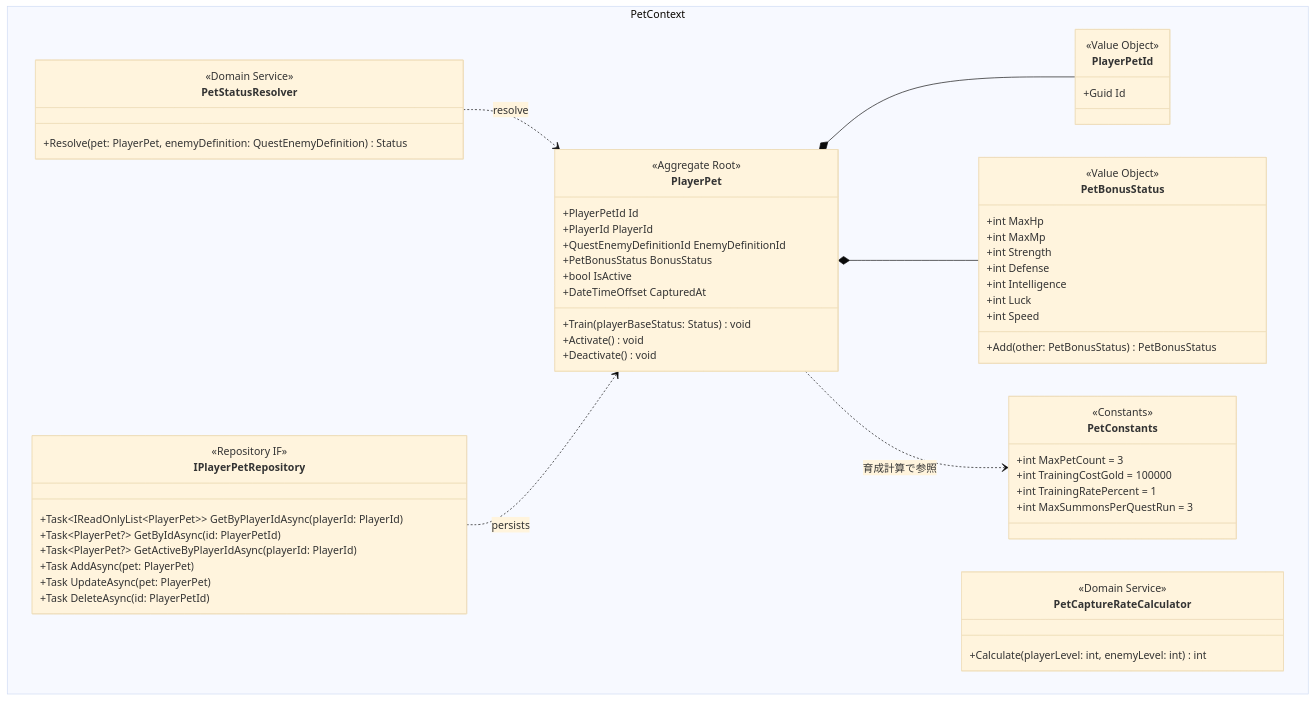
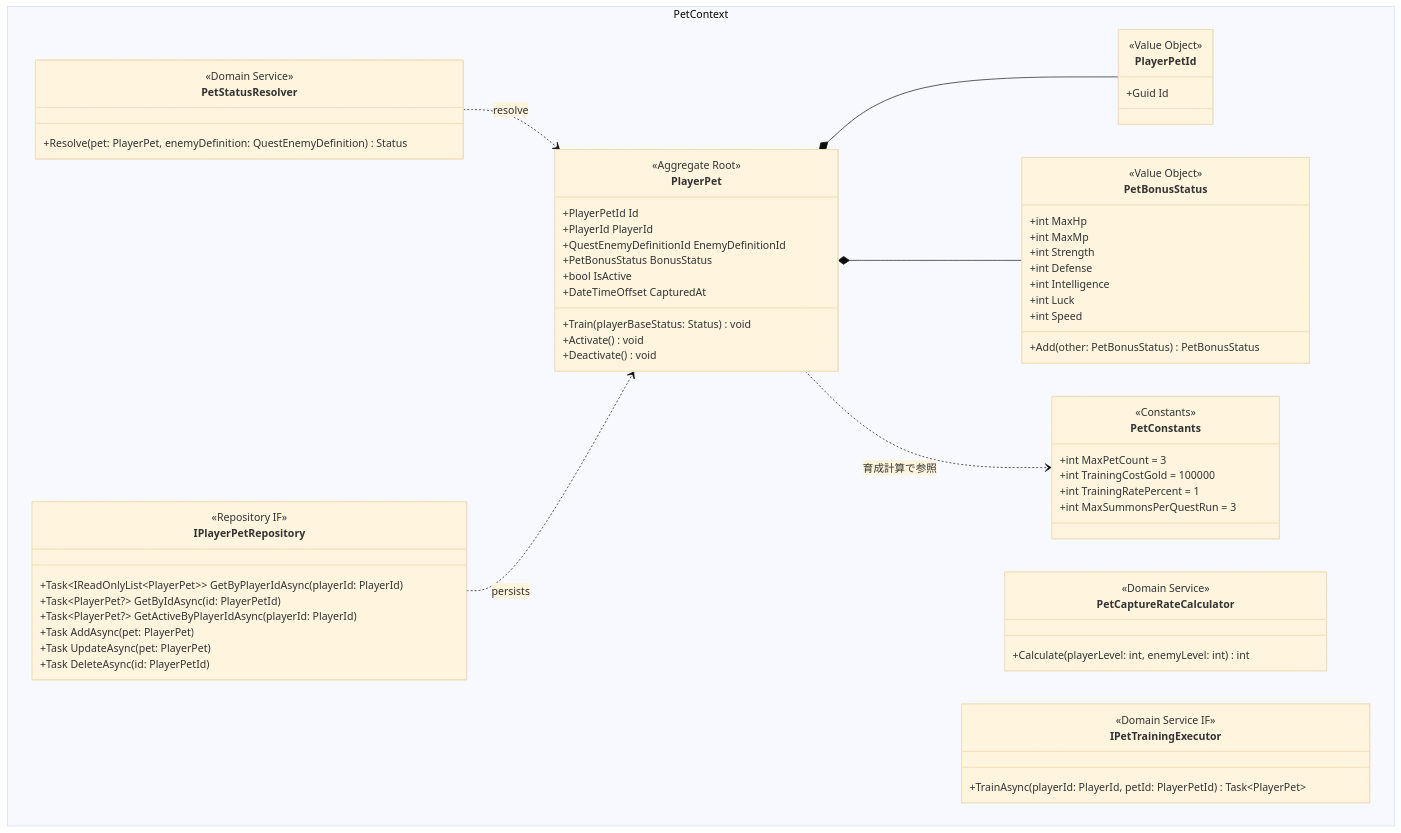
Before and after one commit to ayumu203/nisekue: the diagram in docs/pet/02_ペットドメイン.mmd, drawn with Mermaid (base theme). The commit also changed 6 other files, not shown here.

```diff
--- a/docs/pet/02_ペットドメイン.mmd
+++ b/docs/pet/02_ペットドメイン.mmd
@@ -1,72 +1,79 @@
 classDiagram
     %% Enum 定義は docs/common/01_Enum.mmd を参照
     %% クエスト戦闘への統合（捕獲・呼出のターン解決）は docs/quest/04_クエストドメイン.mmd を参照
 
     namespace PetContext {
         class PlayerPet {
             <<Aggregate Root>>
             +PlayerPetId Id
             +PlayerId PlayerId
             +QuestEnemyDefinitionId EnemyDefinitionId
             +PetBonusStatus BonusStatus
             +bool IsActive
             +DateTimeOffset CapturedAt
             +Train(playerBaseStatus: Status) void
             +Activate() void
             +Deactivate() void
         }
 
         class PlayerPetId {
             <<Value Object>>
             +Guid Id
         }
 
         class PetBonusStatus {
             <<Value Object>>
             +int MaxHp
             +int MaxMp
             +int Strength
             +int Defense
             +int Intelligence
             +int Luck
             +int Speed
             +Add(other: PetBonusStatus) PetBonusStatus
         }
 
         class PetCaptureRateCalculator {
             <<Domain Service>>
             %% 成功率 = clamp(基礎率(敵Lv帯) + (プレイヤーLv - 敵Lv) * 5, 5, 95)
             %% 基礎率: 敵Lv 1-19→50 / 20-39→40 / 40-59→30 / 60+→20
             +Calculate(playerLevel: int, enemyLevel: int) int
         }
 
         class PetStatusResolver {
             <<Domain Service>>
             %% 敵マスタの基本ステータス + 育成加算分を合算した実効ステータスを返す
             +Resolve(pet: PlayerPet, enemyDefinition: QuestEnemyDefinition) Status
         }
 
         class PetConstants {
             <<Constants>>
             +int MaxPetCount = 3
             +int TrainingCostGold = 100000
             +int TrainingRatePercent = 1
             +int MaxSummonsPerQuestRun = 3
         }
 
+        class IPetTrainingExecutor {
+            <<Domain Service IF>>
+            %% 育成（ゴールド消費＋ペット加算）を単一トランザクション＋プレイヤー行ロックで原子的に実行する
+            %% 実装はインフラ層 DbPetTrainingExecutor（FOR UPDATE で並行育成を直列化）
+            +TrainAsync(playerId: PlayerId, petId: PlayerPetId) Task~PlayerPet~
+        }
+
         class IPlayerPetRepository {
             <<Repository IF>>
             +Task~IReadOnlyList~PlayerPet~~ GetByPlayerIdAsync(playerId: PlayerId)
             +Task~PlayerPet?~ GetByIdAsync(id: PlayerPetId)
             +Task~PlayerPet?~ GetActiveByPlayerIdAsync(playerId: PlayerId)
             +Task AddAsync(pet: PlayerPet)
             +Task UpdateAsync(pet: PlayerPet)
             +Task DeleteAsync(id: PlayerPetId)
         }
     }
 
     PlayerPet *-- PlayerPetId
     PlayerPet *-- PetBonusStatus
     PlayerPet ..> PetConstants : 育成計算で参照
     PetStatusResolver ..> PlayerPet : resolve
     IPlayerPetRepository ..> PlayerPet : persists
```
